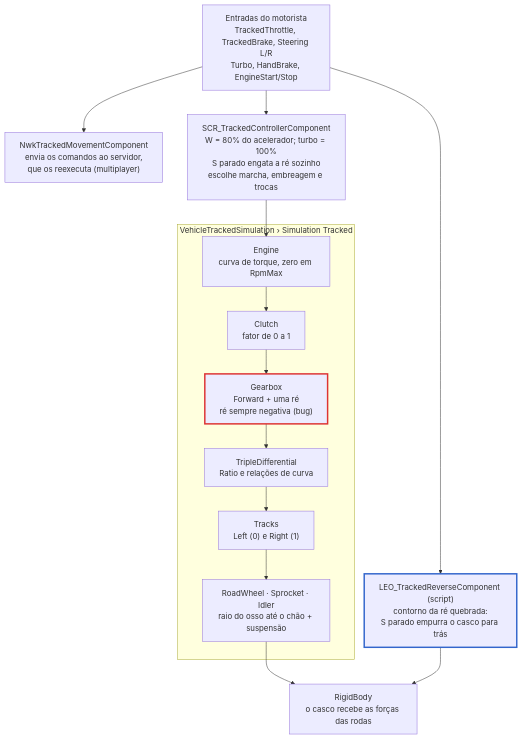
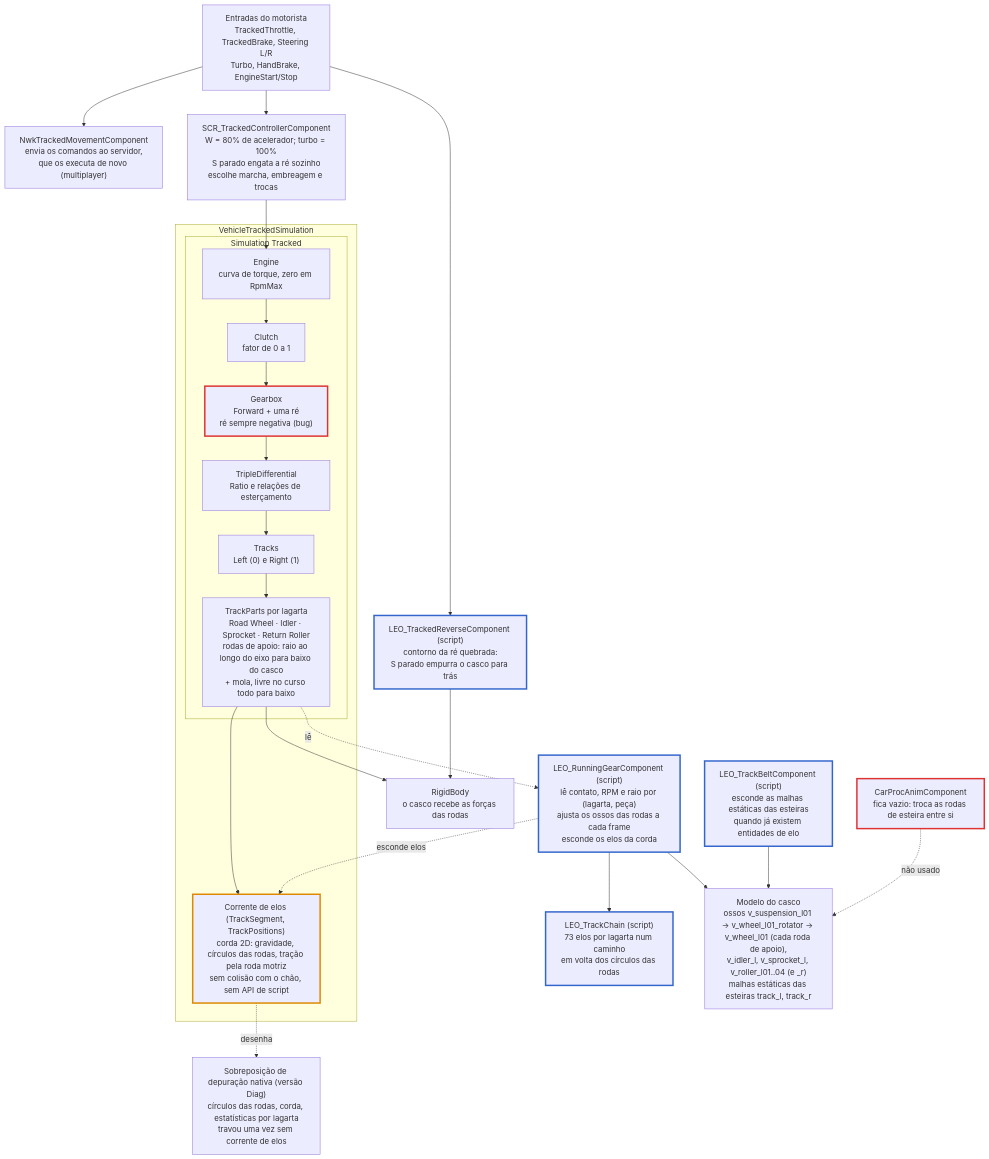
Before and after one commit to Kiichiuwu/arma-reforger-tracked-vehicle-guide: the diagram in docs/pt-BR/02-architecture.md, drawn with Mermaid. The commit also changed other lines of this file and 99 other files, not shown here.

First line of the commit message:
Leopard 2A6: suspension, running gear, track links and vehicle debug

````diff
--- a/docs/pt-BR/02-architecture.md
+++ b/docs/pt-BR/02-architecture.md
@@ -7,25 +7,44 @@
 ```mermaid
 flowchart TD
   IN["Entradas do motorista<br/>TrackedThrottle, TrackedBrake, Steering L/R<br/>Turbo, HandBrake, EngineStart/Stop"]
-  NWK["NwkTrackedMovementComponent<br/>envia os comandos ao servidor,<br/>que os reexecuta (multiplayer)"]
-  CTL["SCR_TrackedControllerComponent<br/>W = 80% do acelerador; turbo = 100%<br/>S parado engata a ré sozinho<br/>escolhe marcha, embreagem e trocas"]
+  NWK["NwkTrackedMovementComponent<br/>envia os comandos ao servidor,<br/>que os executa de novo (multiplayer)"]
+  CTL["SCR_TrackedControllerComponent<br/>W = 80% de acelerador; turbo = 100%<br/>S parado engata a ré sozinho<br/>escolhe marcha, embreagem e trocas"]
   REV["LEO_TrackedReverseComponent (script)<br/>contorno da ré quebrada:<br/>S parado empurra o casco para trás"]
-  subgraph SIM["VehicleTrackedSimulation › Simulation Tracked"]
-    ENG["Engine<br/>curva de torque, zero em RpmMax"] --> CLU["Clutch<br/>fator de 0 a 1"]
-    CLU --> GBX["Gearbox<br/>Forward + uma ré<br/>ré sempre negativa (bug)"]
-    GBX --> DIF["TripleDifferential<br/>Ratio e relações de curva"]
-    DIF --> TRK["Tracks<br/>Left (0) e Right (1)"]
-    TRK --> WHL["RoadWheel · Sprocket · Idler<br/>raio do osso até o chão + suspensão"]
+  subgraph VTS["VehicleTrackedSimulation"]
+    subgraph SIM["Simulation Tracked"]
+      ENG["Engine<br/>curva de torque, zero em RpmMax"] --> CLU["Clutch<br/>fator de 0 a 1"]
+      CLU --> GBX["Gearbox<br/>Forward + uma ré<br/>ré sempre negativa (bug)"]
+      GBX --> DIF["TripleDifferential<br/>Ratio e relações de esterçamento"]
+      DIF --> TRK["Tracks<br/>Left (0) e Right (1)"]
+      TRK --> WHL["TrackParts por lagarta<br/>Road Wheel · Idler · Sprocket · Return Roller<br/>rodas de apoio: raio ao longo do eixo para baixo do casco<br/>+ mola, livre no curso todo para baixo"]
+    end
+    CHN["Corrente de elos (TrackSegment, TrackPositions)<br/>corda 2D: gravidade, círculos das rodas, tração pela roda motriz<br/>sem colisão com o chão, sem API de script"]
   end
   RB["RigidBody<br/>o casco recebe as forças das rodas"]
+  CPA["CarProcAnimComponent<br/>fica vazio: troca as rodas de esteira entre si"]
+  GEAR["LEO_RunningGearComponent (script)<br/>lê contato, RPM e raio por (lagarta, peça)<br/>ajusta os ossos das rodas a cada frame<br/>esconde os elos da corda"]
+  LCH["LEO_TrackChain (script)<br/>73 elos por lagarta num caminho<br/>em volta dos círculos das rodas"]
+  BELT["LEO_TrackBeltComponent (script)<br/>esconde as malhas estáticas das esteiras<br/>quando já existem entidades de elo"]
+  HULL["Modelo do casco<br/>ossos v_suspension_l01 → v_wheel_l01_rotator → v_wheel_l01 (cada roda de apoio),<br/>v_idler_l, v_sprocket_l, v_roller_l01..04 (e _r)<br/>malhas estáticas das esteiras track_l, track_r"]
+  DBG["Sobreposição de depuração nativa (versão Diag)<br/>círculos das rodas, corda, estatísticas por lagarta<br/>travou uma vez sem corrente de elos"]
   IN --> CTL
   CTL --> ENG
   IN --> NWK
   IN --> REV
   WHL --> RB
   REV --> RB
+  WHL --> CHN
+  WHL -. lê .-> GEAR
+  GEAR --> HULL
+  GEAR --> LCH
+  GEAR -. esconde elos .-> CHN
+  BELT --> HULL
+  CPA -. não usado .-> HULL
+  CHN -. desenha .-> DBG
   classDef bug stroke:#d33,stroke-width:3px
+  classDef warn stroke:#d80,stroke-width:3px
   classDef fix stroke:#36c,stroke-width:3px
-  class GBX bug
-  class REV fix
+  class GBX,CPA bug
+  class CHN warn
+  class REV,GEAR,LCH,BELT fix
 ```
````
